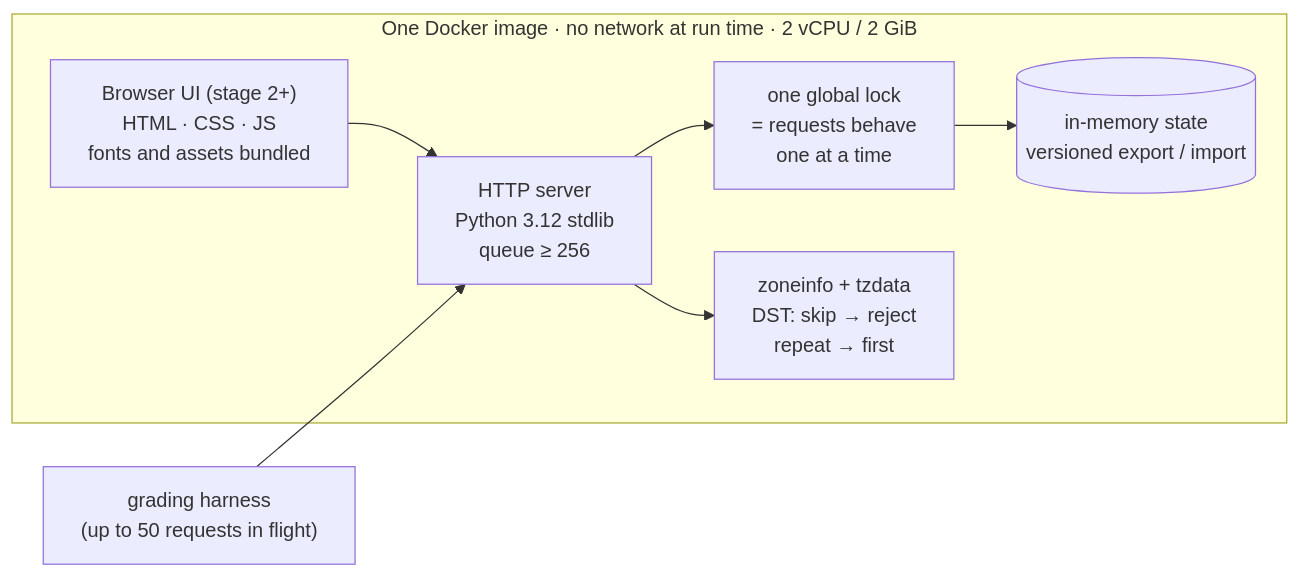
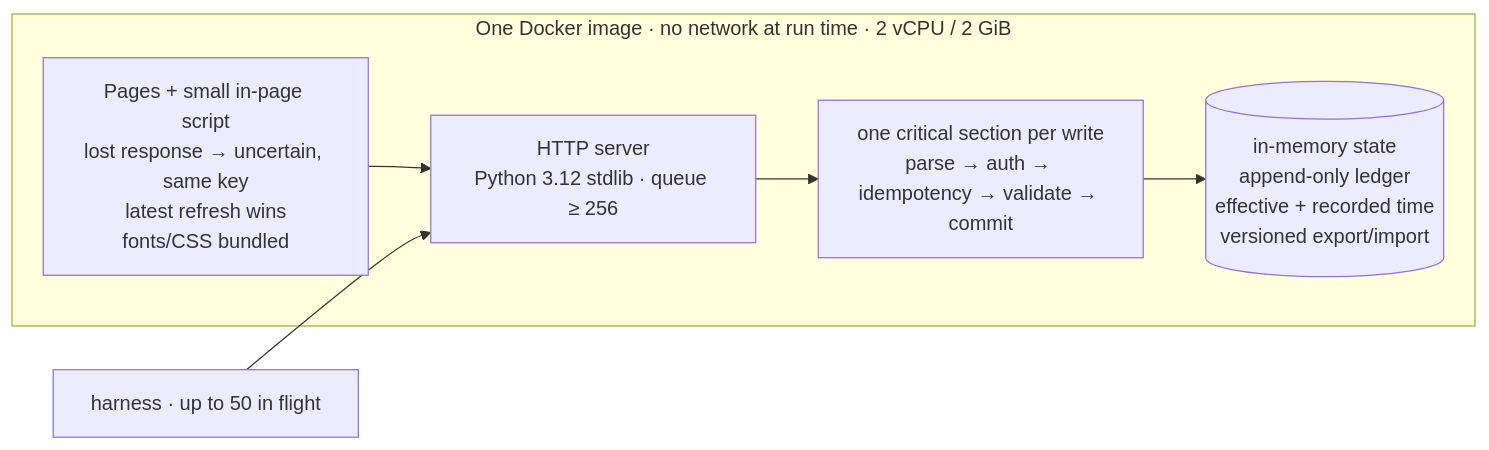
One commit to June24-optimize/Hercules-coolhackers changed the fourth of 5 diagrams in PLAN.md. Above: the diagram before and after it, drawn with Mermaid. The commit also changed other lines of this file and 22 other files, not shown here.

````diff
--- a/PLAN.md
+++ b/PLAN.md
@@ -144,13 +148,11 @@
 ```mermaid
 flowchart LR
     subgraph IMG["One Docker image · no network at run time · 2 vCPU / 2 GiB"]
-        UI["Browser UI (stage 2+)<br/>HTML · CSS · JS<br/>fonts and assets bundled"]
-        HTTP["HTTP server<br/>Python 3.12 stdlib<br/>queue ≥ 256"]
-        LOCK["one global lock<br/>= requests behave<br/>one at a time"]
-        ST[("in-memory state<br/>versioned export / import")]
-        TZ["zoneinfo + tzdata<br/>DST: skip → reject<br/>repeat → first"]
-        UI --> HTTP --> LOCK --> ST
-        HTTP --> TZ
+        UI["Pages + small in-page script<br/>lost response → uncertain, same key<br/>latest refresh wins<br/>fonts/CSS bundled"]
+        HTTP["HTTP server<br/>Python 3.12 stdlib · queue ≥ 256"]
+        CS["one critical section per write<br/>parse → auth → idempotency → validate → commit"]
+        LED[("in-memory state<br/>append-only ledger<br/>effective + recorded time<br/>versioned export/import")]
+        UI --> HTTP --> CS --> LED
     end
-    HARNESS["grading harness<br/>(up to 50 requests in flight)"] --> HTTP
+    HARNESS["harness · up to 50 in flight"] --> HTTP
 ```
````
